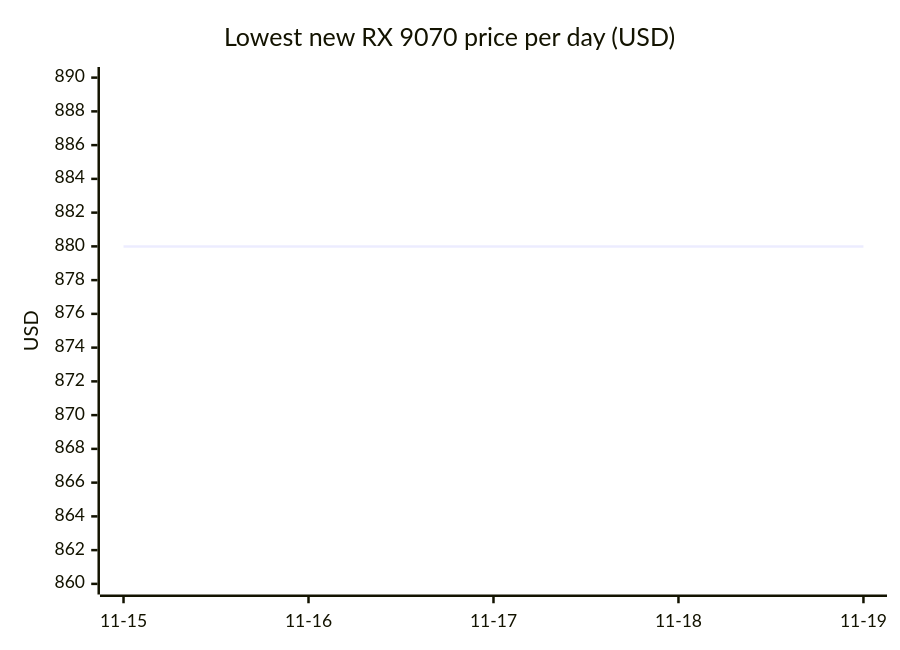
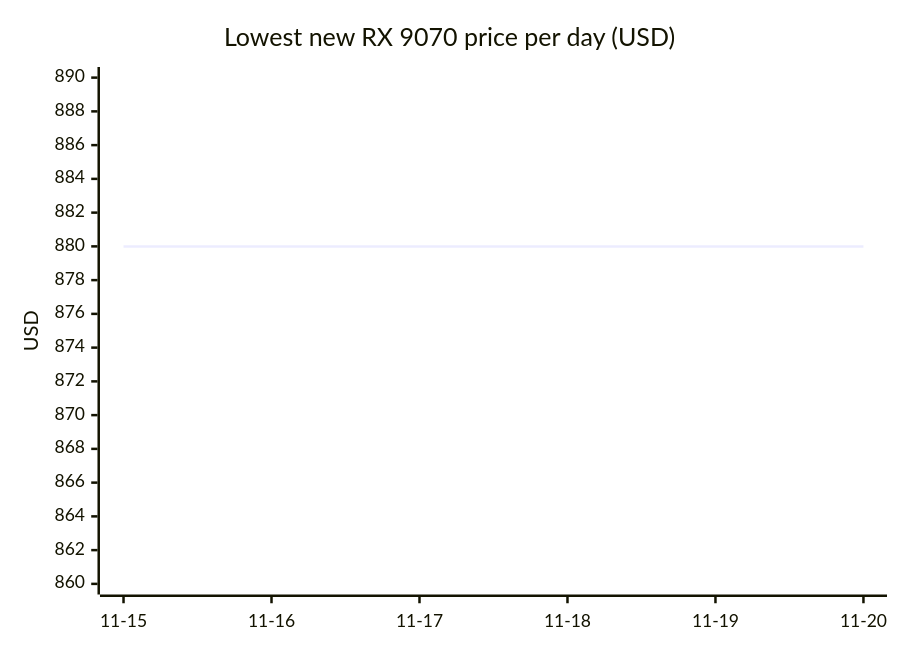
One commit to 7324136828/4tb_ssd_price_watch changed diagram 12 of 18 in README.md. Above: the diagram before and after it, drawn with Mermaid. The commit also changed other lines of this file, not shown here.

````diff
--- a/README.md
+++ b/README.md
@@ -954,7 +1006,7 @@
 ```mermaid
 xychart-beta
     title "Lowest new RX 9070 price per day (USD)"
-    x-axis ["11-15", "11-16", "11-17", "11-18", "11-19"]
+    x-axis ["11-15", "11-16", "11-17", "11-18", "11-19", "11-20"]
     y-axis "USD" 860 --> 890
-    line [879.99, 879.99, 879.99, 879.99, 879.99]
+    line [879.99, 879.99, 879.99, 879.99, 879.99, 879.99]
 ```
````
